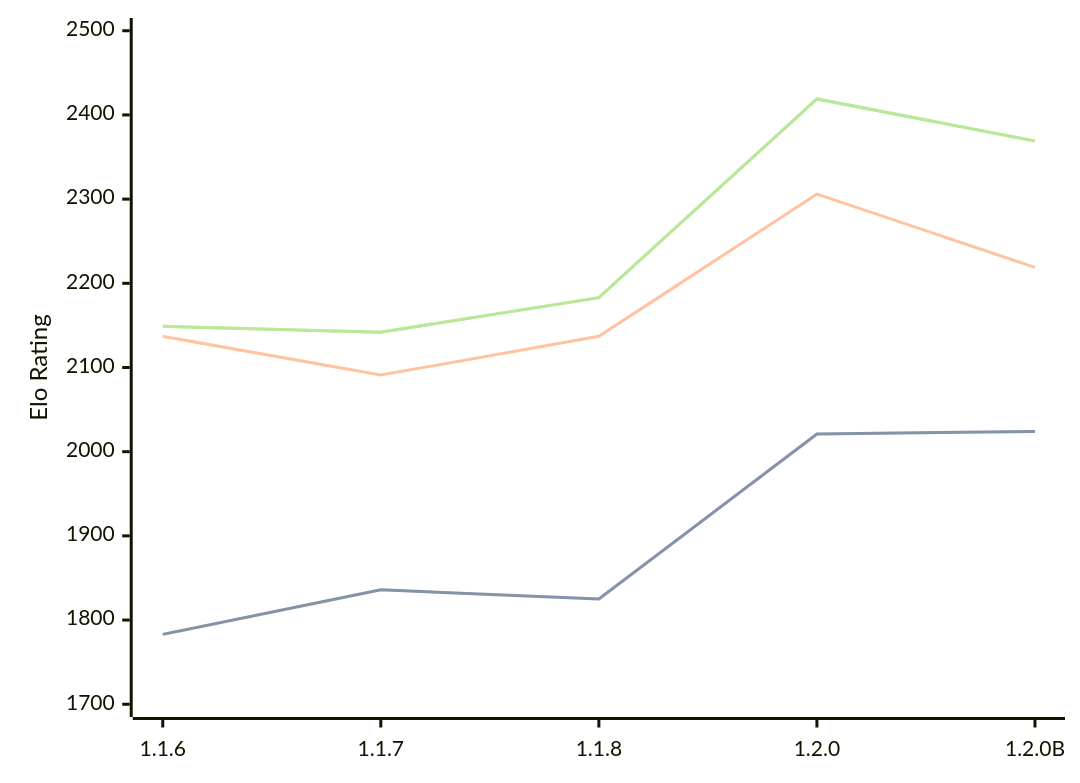
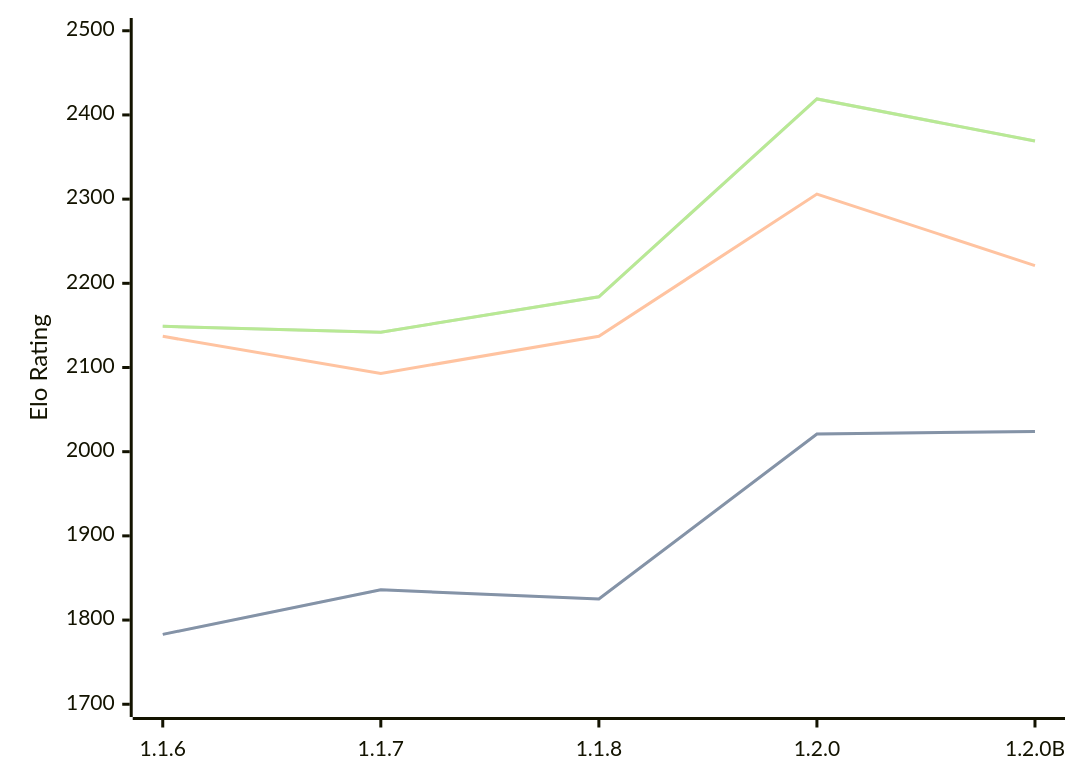
Before and after one commit to computer-chess-index/cci: the diagram in engines/Soomi.md, drawn with Mermaid. The commit also changed other lines of this file, not shown here.

Commit message:
Update CCI Ratings (ELO VLTC) - 2026-08-01

````diff
--- a/engines/Soomi.md
+++ b/engines/Soomi.md
@@ -35,11 +35,11 @@
 ```mermaid
 %%{init: {"theme":"base","themeVariables":{"seriesColors:['#a3a3a3','#222221','#faa371']}}}%%
 xychart-beta
   x-axis ["1.1.6", "1.1.7", "1.1.8", "1.2.0", "1.2.0B"]
   y-axis "Elo Rating" 1700 --> 2500
   line "STC (8.0+0.08s)" [1783, 1836, 1825, 2021, 2024]
   line "STC (8.0+0.08s)" [1783, 1836, 1825, 2021, 2024]
-  line "LTC (60.0+0.60s)" [2137, 2091, 2137, 2306, 2219]
-  line "VLTC (2m24s+1.12s)" [2149, 2142, 2183, 2419, 2369]
-  line "VLTC (2m24s+1.12s)" [2149, 2142, 2183, 2419, 2369]
+  line "LTC (60.0+0.60s)" [2137, 2093, 2137, 2306, 2221]
+  line "VLTC (2m24s+1.12s)" [2149, 2142, 2184, 2419, 2369]
+  line "VLTC (2m24s+1.12s)" [2149, 2142, 2184, 2419, 2369]
 ```
````
